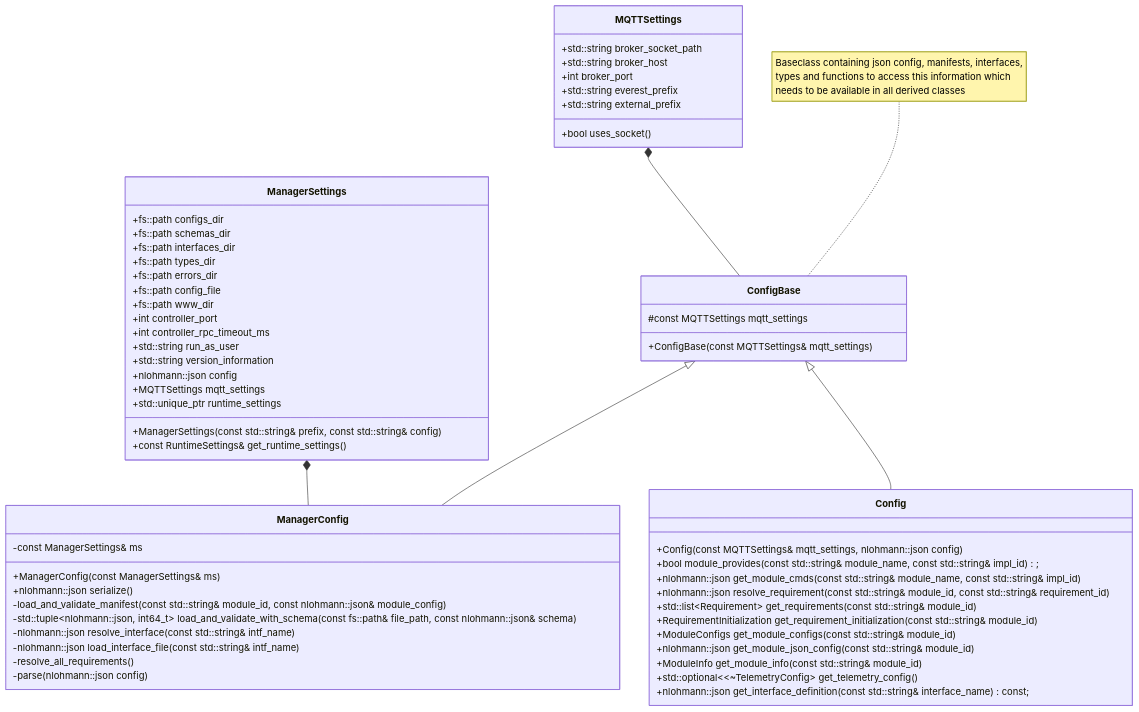
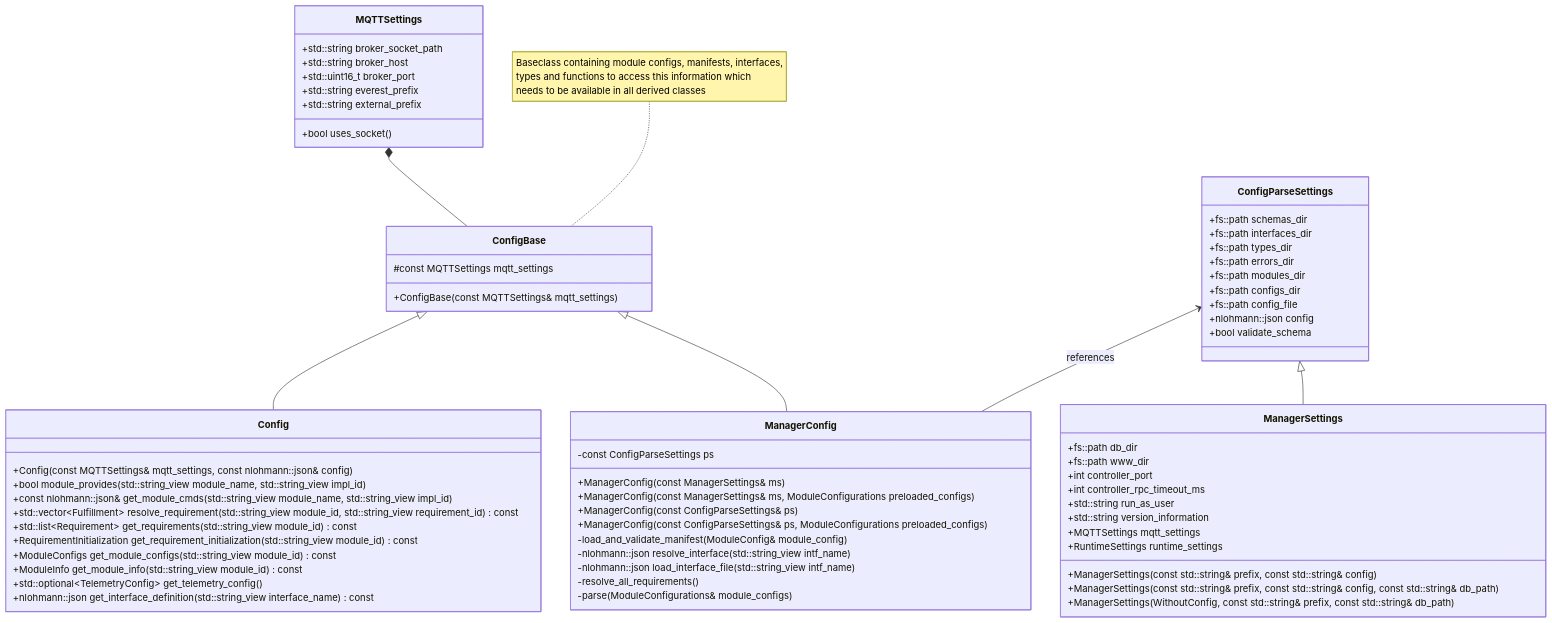
Before and after one commit to EVerest/EVerest: the second of 2 diagrams in lib/everest/framework/docs/MQTTConfigDistribution.md, drawn with Mermaid. The commit also changed other lines of this file and 113 other files, not shown here.

````diff
--- a/lib/everest/framework/docs/MQTTConfigDistribution.md
+++ b/lib/everest/framework/docs/MQTTConfigDistribution.md
@@ -49,72 +57,80 @@
 ```mermaid
 classDiagram
 ConfigBase <|-- ManagerConfig
 ConfigBase <|-- Config
+ConfigParseSettings <|-- ManagerSettings
 MQTTSettings *-- ConfigBase
-ManagerSettings *-- ManagerConfig
+ConfigParseSettings <-- ManagerConfig : references
 
 note for ConfigBase "
-Baseclass containing json config, manifests, interfaces,
+Baseclass containing module configs, manifests, interfaces,
 types and functions to access this information which
 needs to be available in all derived classes
 "
 
-class ManagerSettings{
-    +fs::path configs_dir
+class ConfigParseSettings{
     +fs::path schemas_dir
     +fs::path interfaces_dir
     +fs::path types_dir
     +fs::path errors_dir
+    +fs::path modules_dir
+    +fs::path configs_dir
     +fs::path config_file
+    +nlohmann::json config
+    +bool validate_schema
+}
+
+class ManagerSettings{
+    +fs::path db_dir
     +fs::path www_dir
     +int controller_port
     +int controller_rpc_timeout_ms
     +std::string run_as_user
     +std::string version_information
-    +nlohmann::json config
     +MQTTSettings mqtt_settings
-    +std::unique_ptr<RuntimeSettings> runtime_settings
+    +RuntimeSettings runtime_settings
     +ManagerSettings(const std::string& prefix, const std::string& config)
-    +const RuntimeSettings& get_runtime_settings()
+    +ManagerSettings(const std::string& prefix, const std::string& config, const std::string& db_path)
+    +ManagerSettings(WithoutConfig, const std::string& prefix, const std::string& db_path)
 }
 
 class MQTTSettings{
     +std::string broker_socket_path
     +std::string broker_host
-    +int broker_port
+    +std::uint16_t broker_port
     +std::string everest_prefix
     +std::string external_prefix
     +bool uses_socket()
 }
 
 class ConfigBase{
     #const MQTTSettings mqtt_settings
     +ConfigBase(const MQTTSettings& mqtt_settings)
 }
 
 class ManagerConfig{
-    -const ManagerSettings& ms
+    -const ConfigParseSettings ps
     +ManagerConfig(const ManagerSettings& ms)
-    +nlohmann::json serialize()
-    -load_and_validate_manifest(const std::string& module_id, const nlohmann::json& module_config)
-    -std::tuple~nlohmann::json, int64_t~ load_and_validate_with_schema(const fs::path& file_path, const nlohmann::json& schema)
-    -nlohmann::json resolve_interface(const std::string& intf_name)
-    -nlohmann::json load_interface_file(const std::string& intf_name)
+    +ManagerConfig(const ManagerSettings& ms, ModuleConfigurations preloaded_configs)
+    +ManagerConfig(const ConfigParseSettings& ps)
+    +ManagerConfig(const ConfigParseSettings& ps, ModuleConfigurations preloaded_configs)
+    -load_and_validate_manifest(ModuleConfig& module_config)
+    -nlohmann::json resolve_interface(std::string_view intf_name)
+    -nlohmann::json load_interface_file(std::string_view intf_name)
     -resolve_all_requirements()
-    -parse(nlohmann::json config)
+    -parse(ModuleConfigurations& module_configs)
 }
 
 class Config{
-    +Config(const MQTTSettings& mqtt_settings, nlohmann::json config)
-    +bool module_provides(const std::string& module_name, const std::string& impl_id);
-    +nlohmann::json get_module_cmds(const std::string& module_name, const std::string& impl_id)
-    +nlohmann::json resolve_requirement(const std::string& module_id, const std::string& requirement_id)
-    +std::list~Requirement~ get_requirements(const std::string& module_id)
-    +RequirementInitialization get_requirement_initialization(const std::string& module_id)
-    +ModuleConfigs get_module_configs(const std::string& module_id)
-    +nlohmann::json get_module_json_config(const std::string& module_id)
-    +ModuleInfo get_module_info(const std::string& module_id)
-    +std::optional~<~TelemetryConfig~ get_telemetry_config()
-    +nlohmann::json get_interface_definition(const std::string& interface_name) const;
+    +Config(const MQTTSettings& mqtt_settings, const nlohmann::json& config)
+    +bool module_provides(std::string_view module_name, std::string_view impl_id)
+    +const nlohmann::json& get_module_cmds(std::string_view module_name, std::string_view impl_id)
+    +std::vector~Fulfillment~ resolve_requirement(std::string_view module_id, std::string_view requirement_id) const
+    +std::list~Requirement~ get_requirements(std::string_view module_id) const
+    +RequirementInitialization get_requirement_initialization(std::string_view module_id) const
+    +ModuleConfigs get_module_configs(std::string_view module_id) const
+    +ModuleInfo get_module_info(std::string_view module_id) const
+    +std::optional~TelemetryConfig~ get_telemetry_config()
+    +nlohmann::json get_interface_definition(std::string_view interface_name) const
 }
 ```
````
